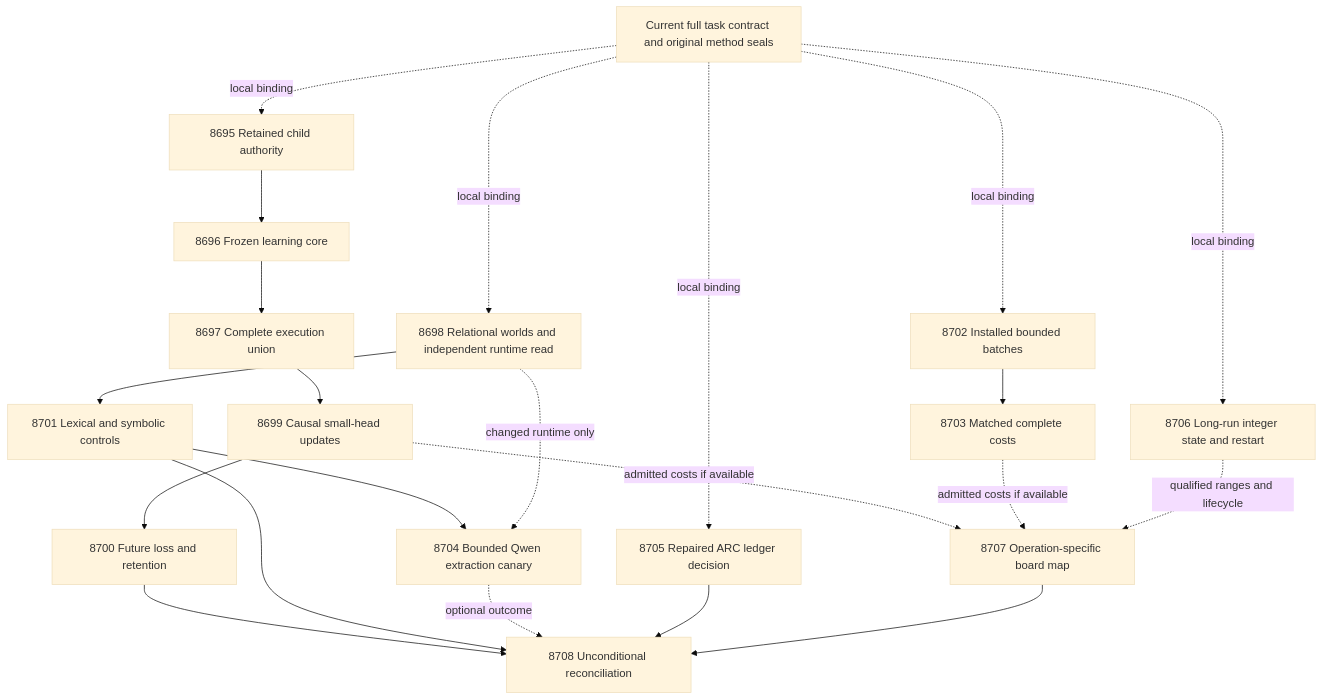
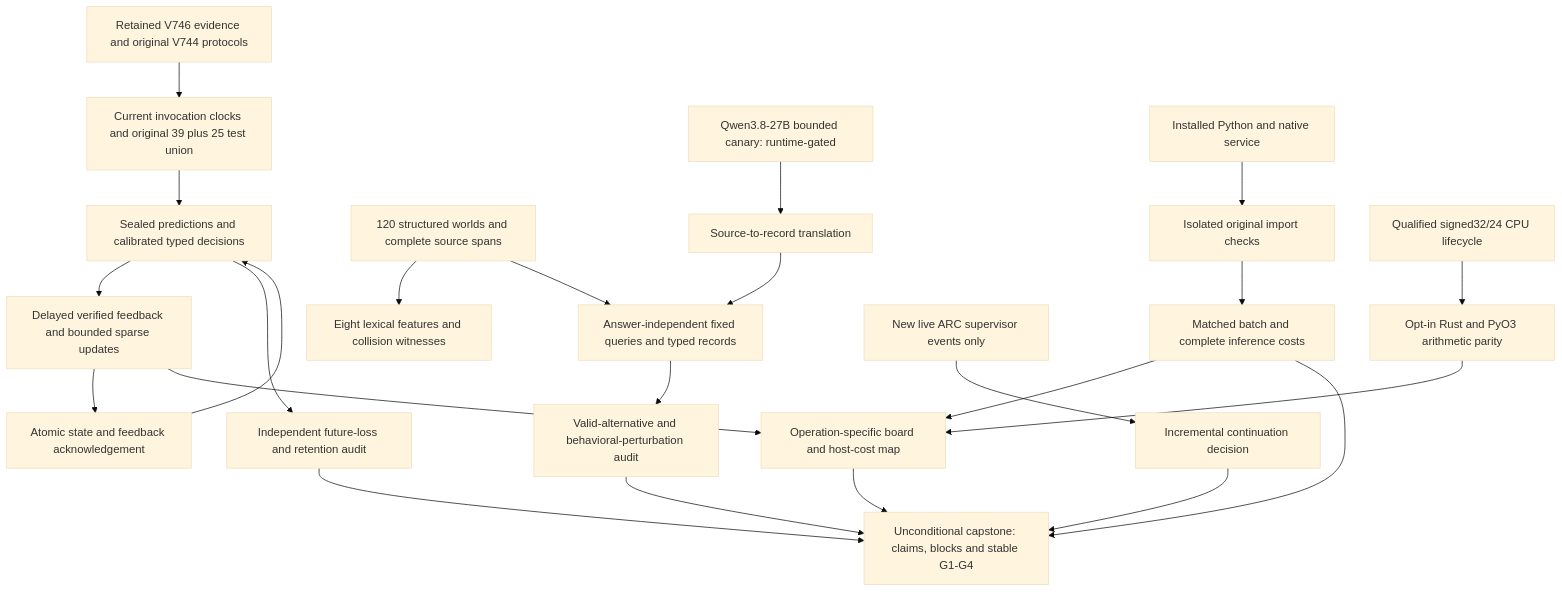
Before and after one commit to Carnot-EBM/carnot-ebm: the first of 2 diagrams in openspec/change-proposals/research-roadmap-vNEXT.md, drawn with Mermaid (base theme). The commit also changed other lines of this file and 18 other files, not shown here.

````diff
--- a/openspec/change-proposals/research-roadmap-vNEXT.md
+++ b/openspec/change-proposals/research-roadmap-vNEXT.md
@@ -81,35 +83,26 @@
 ```mermaid
 flowchart TD
-    C[Current full task contract and original method seals]
-    A[8695 Retained child authority]
-    B[8696 Frozen learning core]
-    D[8697 Complete execution union]
-    L[8699 Causal small-head updates]
-    R[8700 Future loss and retention]
-    W[8698 Relational worlds and independent runtime read]
-    S[8701 Lexical and symbolic controls]
-    Q[8704 Bounded Qwen extraction canary]
-    P[8702 Installed bounded batches]
-    T[8703 Matched complete costs]
-    X[8705 Repaired ARC ledger decision]
-    N[8706 Long-run integer state and restart]
-    H[8707 Operation-specific board map]
-    Z[8708 Unconditional reconciliation]
-    C -. local binding .-> A
-    C -. local binding .-> W
-    C -. local binding .-> P
-    C -. local binding .-> X
-    C -. local binding .-> N
-    A --> B --> D --> L --> R
-    W --> S --> Q
-    W -. changed runtime only .-> Q
-    P --> T
-    L -. admitted costs if available .-> H
-    T -. admitted costs if available .-> H
-    N -. qualified ranges and lifecycle .-> H
-    R --> Z
-    S --> Z
-    Q -. optional outcome .-> Z
-    X --> Z
+    A[Retained V746 evidence and original V744 protocols] --> B[Current invocation clocks and original 39 plus 25 test union]
+    B --> C[Sealed predictions and calibrated typed decisions]
+    C --> D[Delayed verified feedback and bounded sparse updates]
+    D --> E[Atomic state and feedback acknowledgement]
+    E --> C
+    C --> F[Independent future-loss and retention audit]
+    W[120 structured worlds and complete source spans] --> L[Eight lexical features and collision witnesses]
+    W --> S[Answer-independent fixed queries and typed records]
+    S --> V[Valid-alternative and behavioral-perturbation audit]
+    Q[Qwen3.8-27B bounded canary: runtime-gated] --> T[Source-to-record translation]
+    T --> S
+    N[Installed Python and native service] --> I[Isolated original import checks]
+    I --> K[Matched batch and complete inference costs]
+    P[Qualified signed32/24 CPU lifecycle] --> R[Opt-in Rust and PyO3 arithmetic parity]
+    R --> H[Operation-specific board and host-cost map]
+    D --> H
+    K --> H
+    O[New live ARC supervisor events only] --> J[Incremental continuation decision]
+    F --> Z[Unconditional capstone: claims, blocks and stable G1-G4]
+    V --> Z
+    K --> Z
     H --> Z
+    J --> Z
 ```
````
